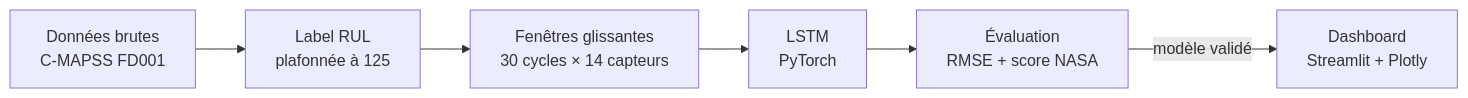
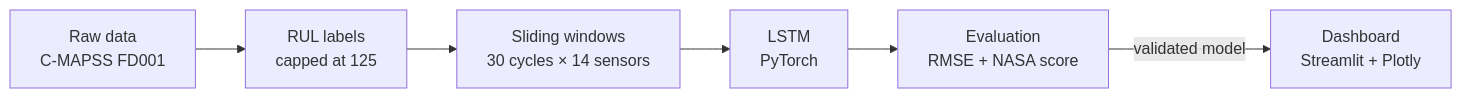
Before and after one commit to atef-hadef/industrial-pdm-copilot: the diagram in README.md, drawn with Mermaid. The commit also changed other lines of this file and 1 other file, not shown here.

````diff
--- a/README.md
+++ b/README.md
@@ -69,8 +69,8 @@
 ```mermaid
 flowchart LR
-    A["Données brutes<br/>C-MAPSS FD001"] --> B["Label RUL<br/>plafonnée à 125"]
-    B --> C["Fenêtres glissantes<br/>30 cycles × 14 capteurs"]
+    A["Raw data<br/>C-MAPSS FD001"] --> B["RUL labels<br/>capped at 125"]
+    B --> C["Sliding windows<br/>30 cycles × 14 sensors"]
     C --> D["LSTM<br/>PyTorch"]
-    D --> E["Évaluation<br/>RMSE + score NASA"]
-    E -->|modèle validé| F["Dashboard<br/>Streamlit + Plotly"]
+    D --> E["Evaluation<br/>RMSE + NASA score"]
+    E -->|validated model| F["Dashboard<br/>Streamlit + Plotly"]
 ```
````
